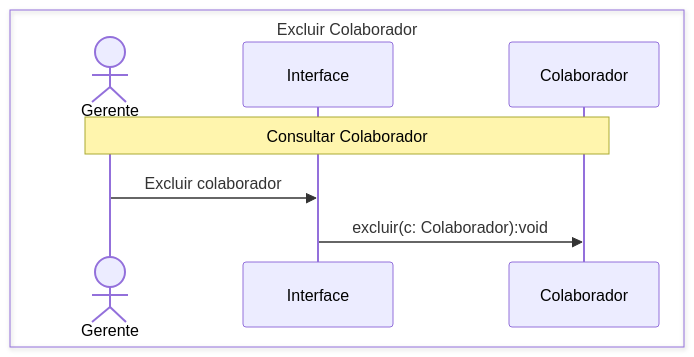
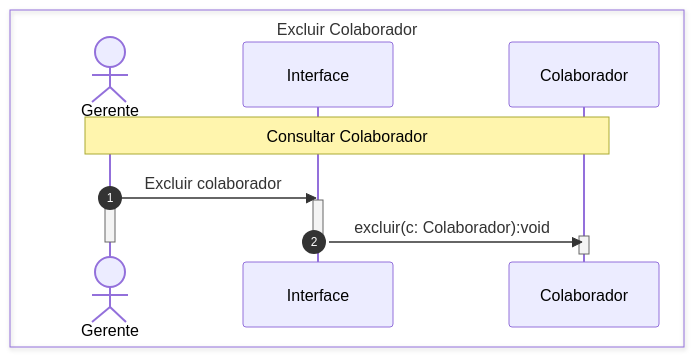
One commit to anderson-gpc/colab changed the third of 4 diagrams in DS_Manter_Colaborador.md. Above: the diagram before and after it, drawn with Mermaid. The commit also changed other lines of this file, not shown here.

````diff
--- a/DS_Manter_Colaborador.md
+++ b/DS_Manter_Colaborador.md
@@ -49,16 +63,21 @@
 ```mermaid
-%%{init: {'theme': 'default'}}%%
 sequenceDiagram
+    autonumber
     box Excluir Colaborador
-        actor Al as Gerente
+        actor Gerente
         participant Interface
         participant Colaborador
     end
 
+    note over Gerente, Colaborador: Consultar Colaborador
     
-    note over Al, Colaborador: Consultar Colaborador
+    Gerente->>Interface: Excluir colaborador
+    activate Gerente
+    activate Interface
+    Interface->>Colaborador:excluir(c: Colaborador):void
+    activate Colaborador
+    deactivate Colaborador
+    deactivate Interface
+    deactivate Gerente
     
-
-    Al->>Interface: Excluir colaborador
-    Interface->>Colaborador:excluir(c: Colaborador):void
 ```
````
